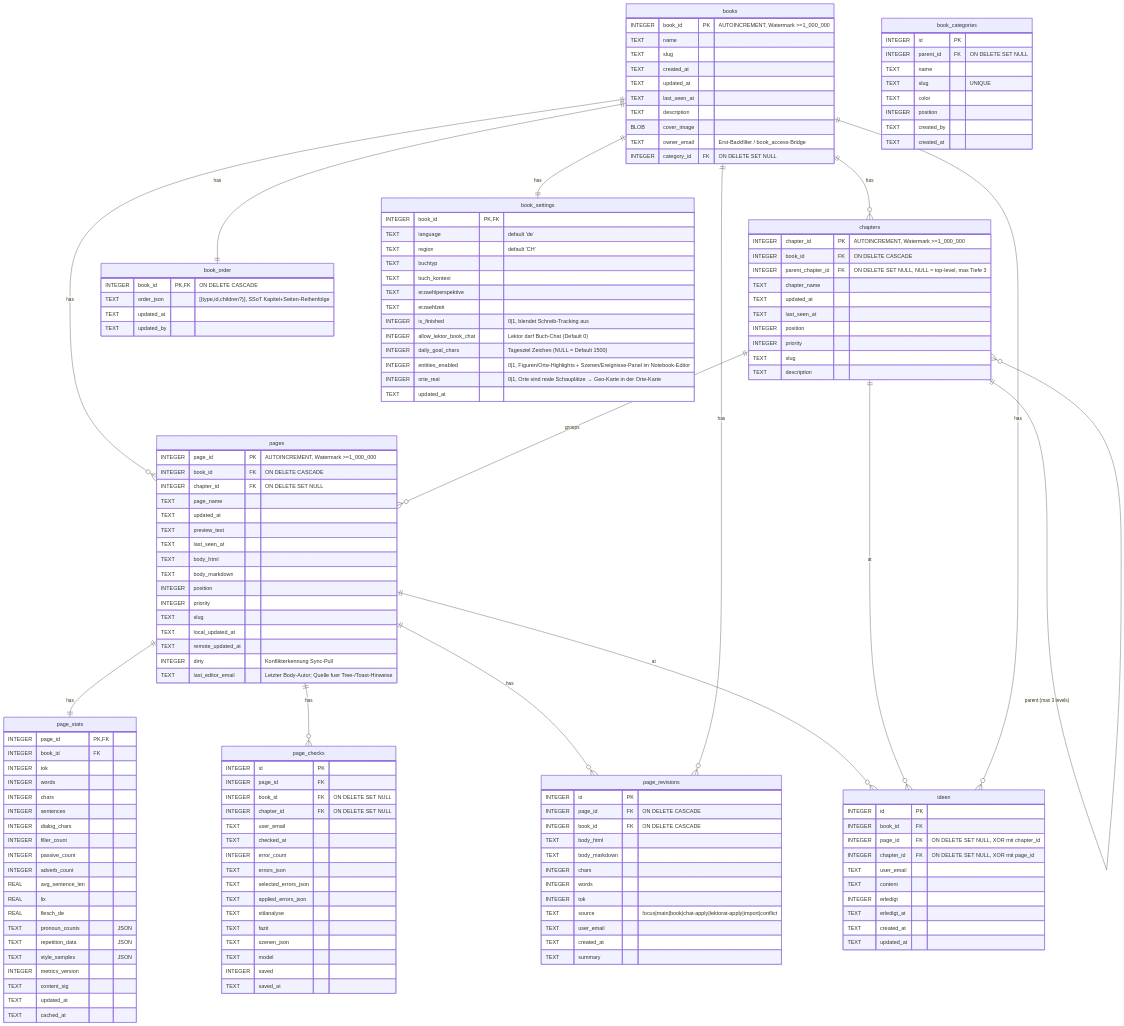
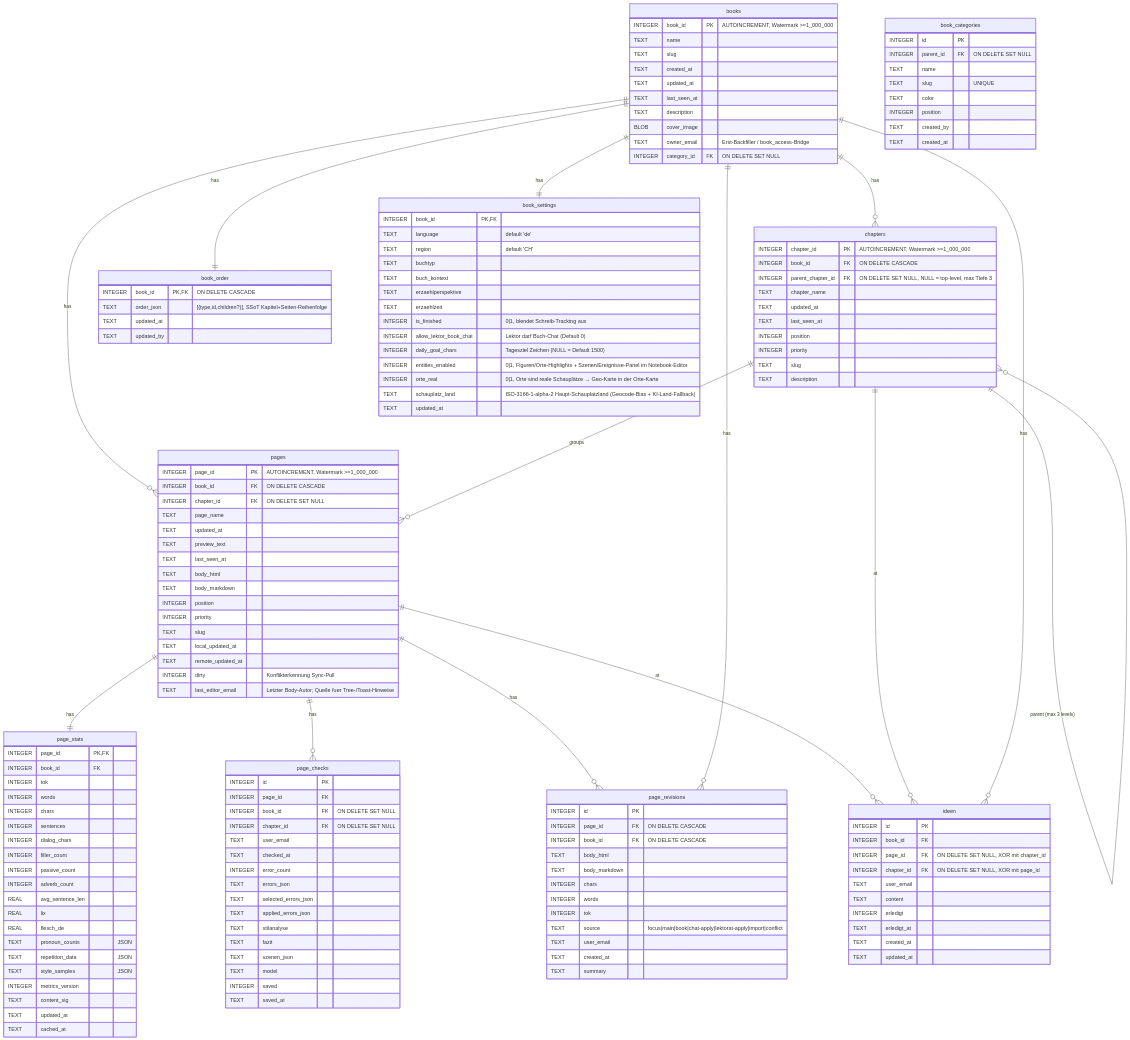
Before and after one commit to bedeberger/schreibwerkstatt: the second of 6 diagrams in docs/erd.md, drawn with Mermaid. The commit also changed other lines of this file and 45 other files, not shown here.

```diff
--- a/docs/erd.md
+++ b/docs/erd.md
@@ -303,6 +303,7 @@
     INTEGER daily_goal_chars         "Tagesziel Zeichen (NULL = Default 1500)"
     INTEGER entities_enabled         "0|1, Figuren/Orte-Highlights + Szenen/Ereignisse-Panel im Notebook-Editor"
     INTEGER orte_real                "0|1, Orte sind reale Schauplätze → Geo-Karte in der Orte-Karte"
+    TEXT    schauplatz_land          "ISO-3166-1-alpha-2 Haupt-Schauplatzland (Geocode-Bias + KI-Land-Fallback)"
     TEXT    updated_at
   }
 
```
